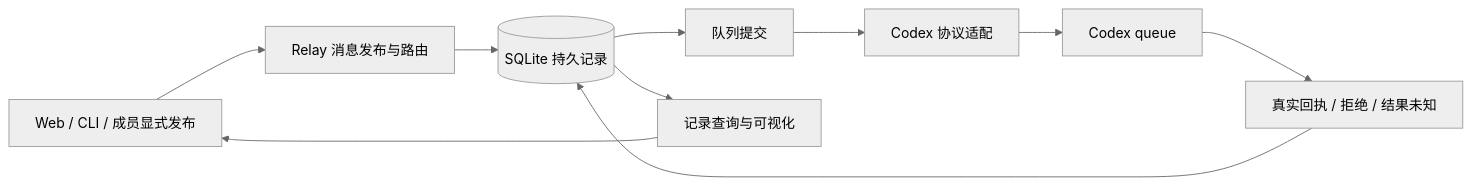
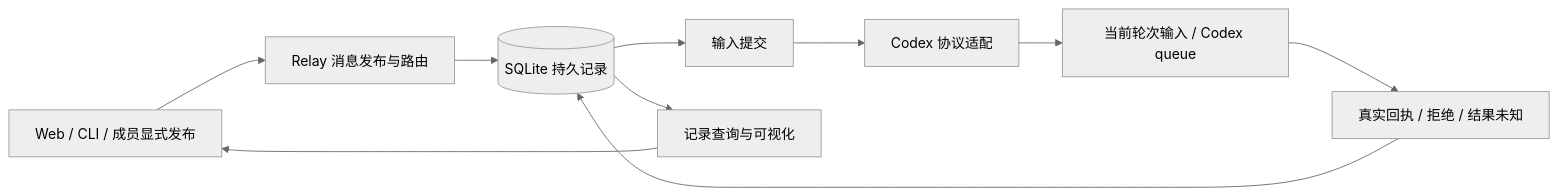
The first of 5 diagrams in docs/design/codex-session-chat-collaboration.md (leoninew/agent-relay), drawn with Mermaid (neutral theme) before and after one commit. The commit also changed other lines of this file and 38 other files, not shown here.

````diff
--- a/docs/design/codex-session-chat-collaboration.md
+++ b/docs/design/codex-session-chat-collaboration.md
@@ -51,12 +57,12 @@
 ```mermaid
 flowchart LR
     Clients[Web / CLI / 成员显式发布] --> Relay[Relay 消息发布与路由]
     Relay --> DB[(SQLite 持久记录)]
-    DB --> Submit[队列提交]
+    DB --> Submit[输入提交]
     Submit --> Driver[Codex 协议适配]
-    Driver --> Queue[Codex queue]
+    Driver --> Queue[当前轮次输入 / Codex queue]
     Queue --> Receipt[真实回执 / 拒绝 / 结果未知]
     Receipt --> DB
     DB --> Query[记录查询与可视化]
     Query --> Clients
 ```
````
